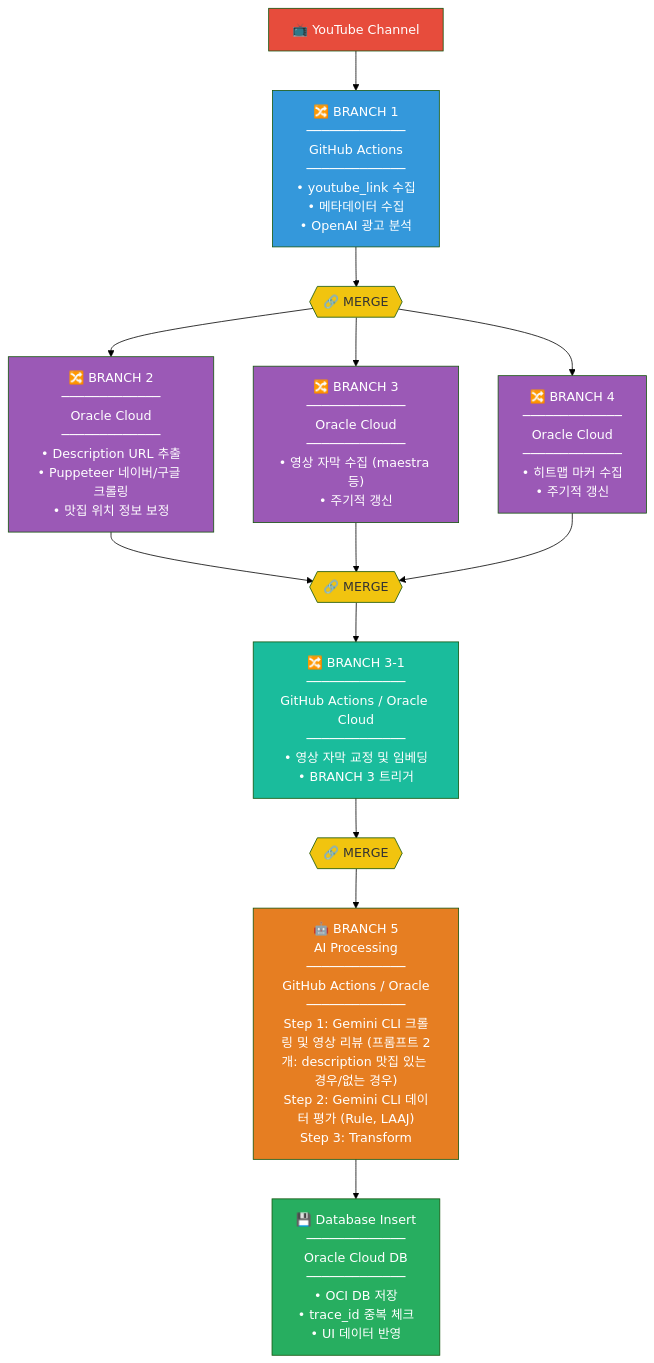
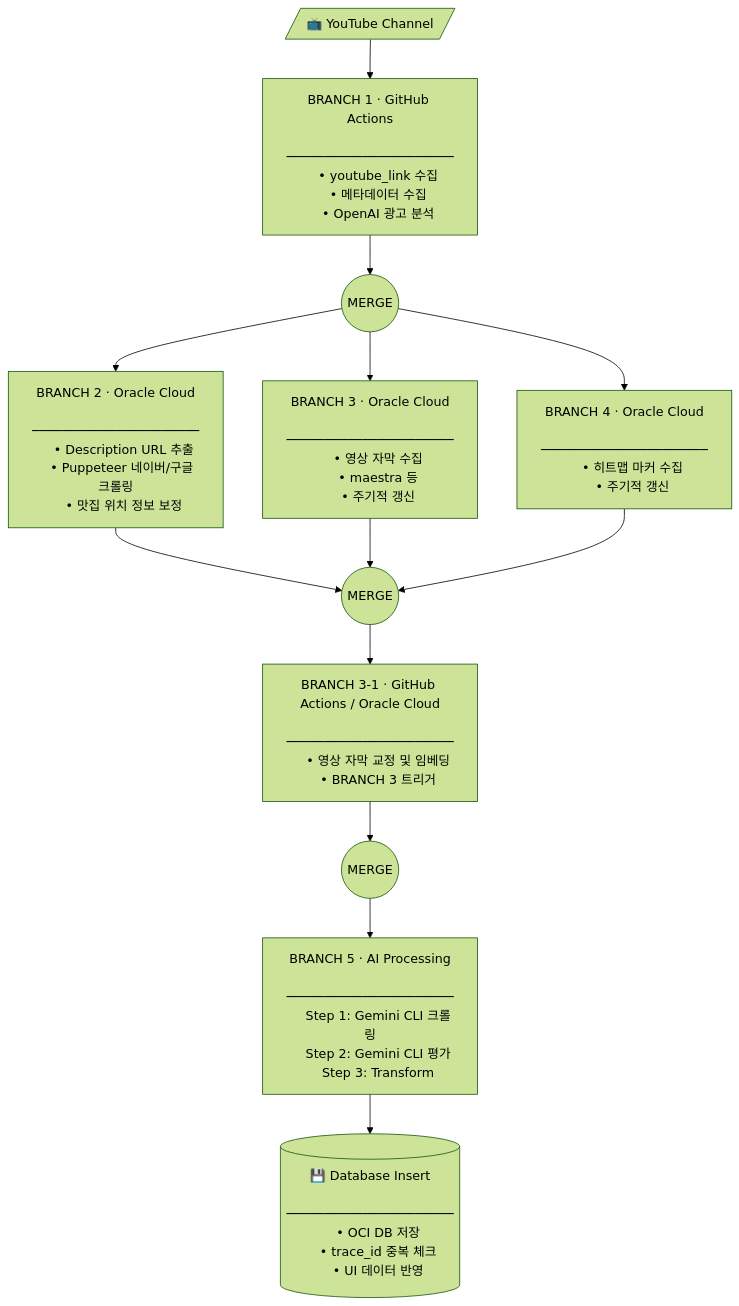
One commit to twoimo/tzudong changed the diagram in backend/tzudong_pipeline_v2.0/README.md. Above: the diagram before and after it, drawn with Mermaid (forest theme).

Commit message:
UPDATE: Revise README.md to enhance branch descriptions and improve the pipeline flow diagram's readability and organization, incorporating clearer labels and formatting.

````diff
--- a/backend/tzudong_pipeline_v2.0/README.md
+++ b/backend/tzudong_pipeline_v2.0/README.md
@@ -108,45 +108,59 @@
 ```mermaid
 flowchart TD
-    YT["📺 YouTube Channel"]
-    
-    B1["🔀 BRANCH 1<br/>─────────────<br/>GitHub Actions<br/>─────────────<br/>• youtube_link 수집<br/>• 메타데이터 수집<br/>• OpenAI 광고 분석"]
-    
-    M1{{"🔗 MERGE"}}
-    
-    B2["🔀 BRANCH 2<br/>─────────────<br/>Oracle Cloud<br/>─────────────<br/>• Description URL 추출<br/>• Puppeteer 네이버/구글 크롤링<br/>• 맛집 위치 정보 보정"]
-    
-    B3["🔀 BRANCH 3<br/>─────────────<br/>Oracle Cloud<br/>─────────────<br/>• 영상 자막 수집 (maestra 등)<br/>• 주기적 갱신"]
-    
-    B4["🔀 BRANCH 4<br/>─────────────<br/>Oracle Cloud<br/>─────────────<br/>• 히트맵 마커 수집<br/>• 주기적 갱신"]
-    
-    M2{{"🔗 MERGE"}}
-    
-    B3_1["🔀 BRANCH 3-1<br/>─────────────<br/>GitHub Actions / Oracle Cloud<br/>─────────────<br/>• 영상 자막 교정 및 임베딩<br/>• BRANCH 3 트리거"]
-    
-    M3{{"🔗 MERGE"}}
-    
-    B5["🤖 BRANCH 5<br/>AI Processing<br/>─────────────<br/>GitHub Actions / Oracle<br/>─────────────<br/>Step 1: Gemini CLI 크롤링 및 영상 리뷰 (프롬프트 2개: description 맛집 있는 경우/없는 경우)<br/>Step 2: Gemini CLI 데이터 평가 (Rule, LAAJ)<br/>Step 3: Transform"]
-    
-    DB["💾 Database Insert<br/>─────────────<br/>Oracle Cloud DB<br/>─────────────<br/>• OCI DB 저장<br/>• trace_id 중복 체크<br/>• UI 데이터 반영"]
+    YT[/"📺 YouTube Channel"/]
 
-    YT --> B1
-    B1 --> M1
-    M1 --> B2 & B3 & B4
-    B2 & B3 & B4 --> M2
-    M2 --> B3_1
-    B3_1 --> M3
-    M3 --> B5
-    B5 --> DB
+    B1["BRANCH 1 · GitHub Actions
+    ──────────────────────
+    • youtube_link 수집
+    • 메타데이터 수집
+    • OpenAI 광고 분석"]
 
-    style YT fill:#e74c3c,color:#fff
-    style B1 fill:#3498db,color:#fff
-    style B2 fill:#9b59b6,color:#fff
-    style B3 fill:#9b59b6,color:#fff
-    style B4 fill:#9b59b6,color:#fff
-    style B3_1 fill:#1abc9c,color:#fff
-    style B5 fill:#e67e22,color:#fff
-    style DB fill:#27ae60,color:#fff
-    style M1 fill:#f1c40f,color:#333
-    style M2 fill:#f1c40f,color:#333
-    style M3 fill:#f1c40f,color:#333
+    M1(("MERGE"))
+
+    B2["BRANCH 2 · Oracle Cloud
+    ──────────────────────
+    • Description URL 추출
+    • Puppeteer 네이버/구글 크롤링
+    • 맛집 위치 정보 보정"]
+
+    B3["BRANCH 3 · Oracle Cloud
+    ──────────────────────
+    • 영상 자막 수집
+    • maestra 등
+    • 주기적 갱신"]
+
+    B4["BRANCH 4 · Oracle Cloud
+    ──────────────────────
+    • 히트맵 마커 수집
+    • 주기적 갱신"]
+
+    M2(("MERGE"))
+
+    B3_1["BRANCH 3-1 · GitHub Actions / Oracle Cloud
+    ──────────────────────
+    • 영상 자막 교정 및 임베딩
+    • BRANCH 3 트리거"]
+
+    M3(("MERGE"))
+
+    B5["BRANCH 5 · AI Processing
+    ──────────────────────
+    Step 1: Gemini CLI 크롤링
+    Step 2: Gemini CLI 평가
+    Step 3: Transform"]
+
+    DB[("💾 Database Insert
+    ──────────────────────
+    • OCI DB 저장
+    • trace_id 중복 체크
+    • UI 데이터 반영")]
+
+    YT --> B1 --> M1
+    M1 --> B2
+    M1 --> B3
+    M1 --> B4
+    B2 --> M2
+    B3 --> M2
+    B4 --> M2
+    M2 --> B3_1 --> M3 --> B5 --> DB
 ```
````
